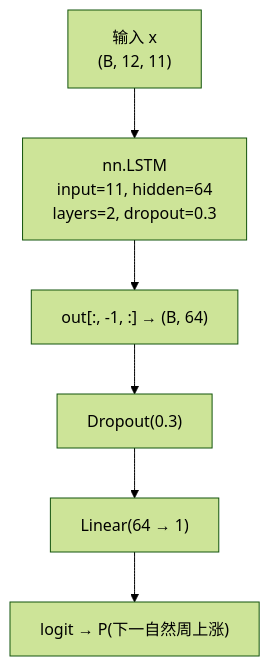
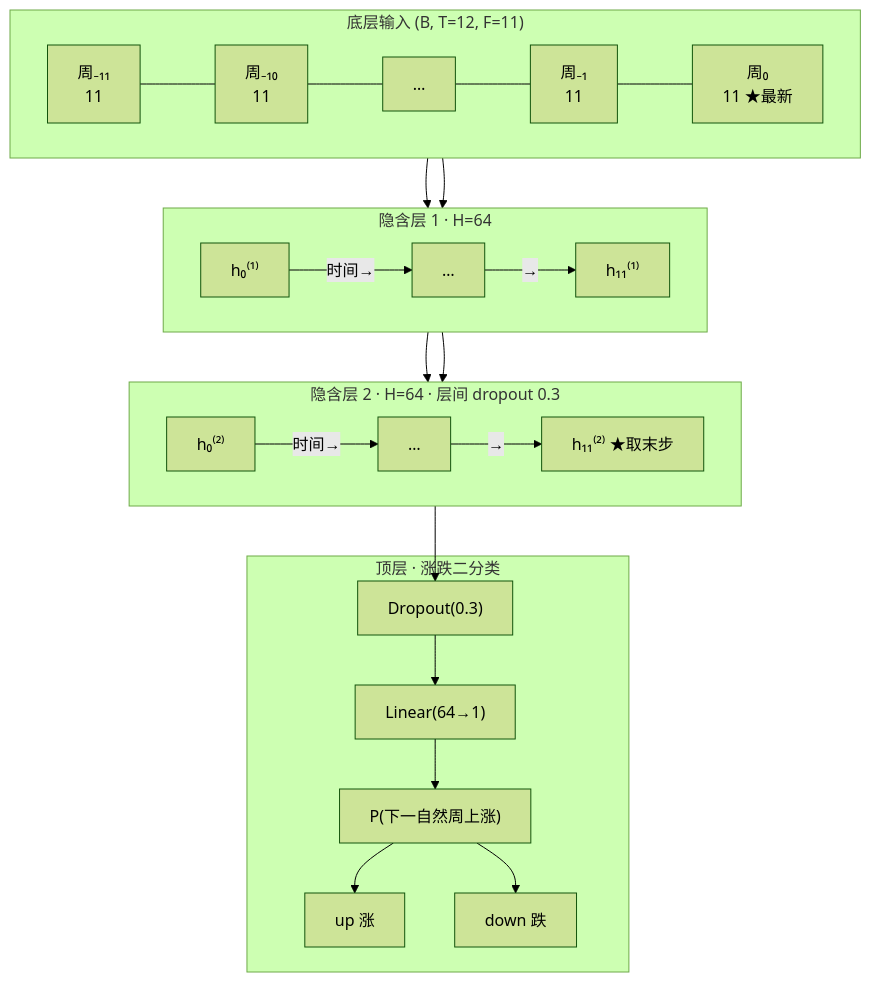
Before and after one commit to fanqingsong/stock_predictive: the seventh of 11 diagrams in docs/model-architecture.md, drawn with Mermaid (forest theme). The commit also changed other lines of this file, not shown here.

First line of the commit message:
Expand model architecture docs with dual-flow LSTM topology diagrams.

````diff
--- a/docs/model-architecture.md
+++ b/docs/model-architecture.md
@@ -168,11 +341,30 @@
 ```mermaid
 flowchart TB
-  X["输入 x\n(B, 12, 11)"]
-  LSTM["nn.LSTM\ninput=11, hidden=64\nlayers=2, dropout=0.3"]
-  LAST["out[:, -1, :] → (B, 64)"]
-  DO["Dropout(0.3)"]
-  FC["Linear(64 → 1)"]
-  OUT["logit → P(下一自然周上涨)"]
+  subgraph IN ["底层输入 (B, T=12, F=11)"]
+    direction LR
+    I0["周₋₁₁<br/>11"] --- I1["周₋₁₀<br/>11"] --- I2["…"] --- I10["周₋₁<br/>11"] --- I11["周₀<br/>11 ★最新"]
+  end
 
-  X --> LSTM --> LAST --> DO --> FC --> OUT
+  subgraph H1 ["隐含层 1 · H=64"]
+    direction LR
+    A0["h₀⁽¹⁾"] -->|时间→| A1["…"] -->|→| A11["h₁₁⁽¹⁾"]
+  end
+
+  subgraph H2 ["隐含层 2 · H=64 · 层间 dropout 0.3"]
+    direction LR
+    B0["h₀⁽²⁾"] -->|时间→| B1["…"] -->|→| B11["h₁₁⁽²⁾ ★取末步"]
+  end
+
+  subgraph CLS ["顶层 · 涨跌二分类"]
+    DO["Dropout(0.3)"] --> FC["Linear(64→1)"]
+    FC --> P["P(下一自然周上涨)"]
+    P --> U["up 涨"]
+    P --> D["down 跌"]
+  end
+
+  I0 --> A0
+  I11 --> A11
+  A0 --> B0
+  A11 --> B11
+  B11 --> DO
 ```
````
